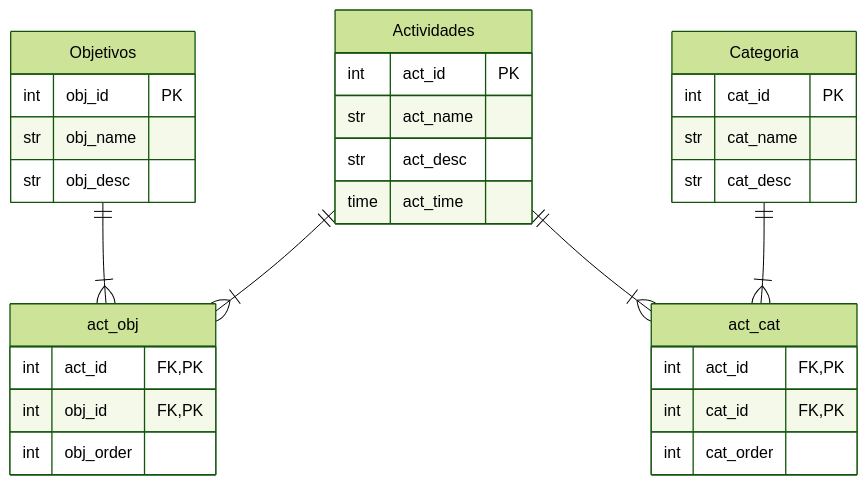
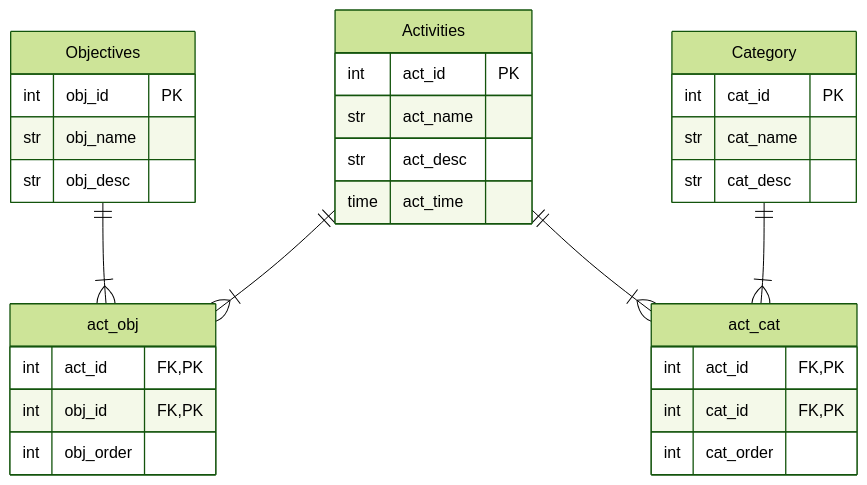
Before and after one commit to Covija97/BadenTracker: the first of 2 diagrams in README.md, drawn with Mermaid (forest theme). The commit also changed other lines of this file, not shown here.

Commit message:
Update README.md to enhance database schema documentation and add meeting data model

````diff
--- a/README.md
+++ b/README.md
@@ -19,40 +19,40 @@
 ```mermaid
 erDiagram
 
-Objetivos {
+Objectives {
     int obj_id PK
     str obj_name
     str obj_desc
 }
 
 act_obj {
     int act_id FK,PK
     int obj_id FK,PK
     int obj_order
 }
 
-Actividades {
+Activities {
     int act_id PK
     str act_name
     str act_desc
     time act_time
 }
 
-Categoria {
+Category {
     int cat_id PK
     str cat_name
     str cat_desc
 }
 
 act_cat {
     int act_id FK,PK
     int cat_id FK,PK
     int cat_order
 }
 
-Actividades ||--|{ act_obj : ""
-Actividades ||--|{ act_cat : ""
-Objetivos ||--|{ act_obj : ""
-Categoria ||--|{ act_cat : ""
+Activities ||--|{ act_obj : ""
+Activities ||--|{ act_cat : ""
+Objectives ||--|{ act_obj : ""
+Category ||--|{ act_cat : ""
 
 ```
````
